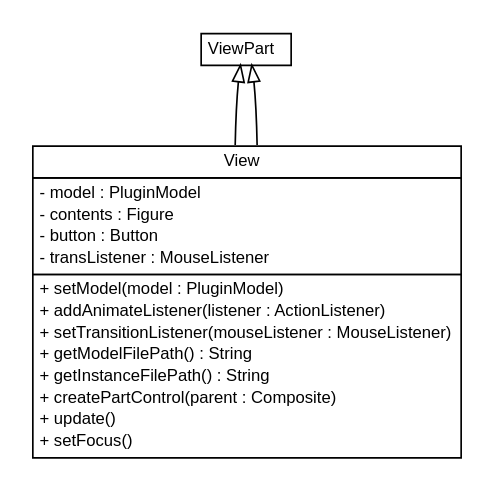
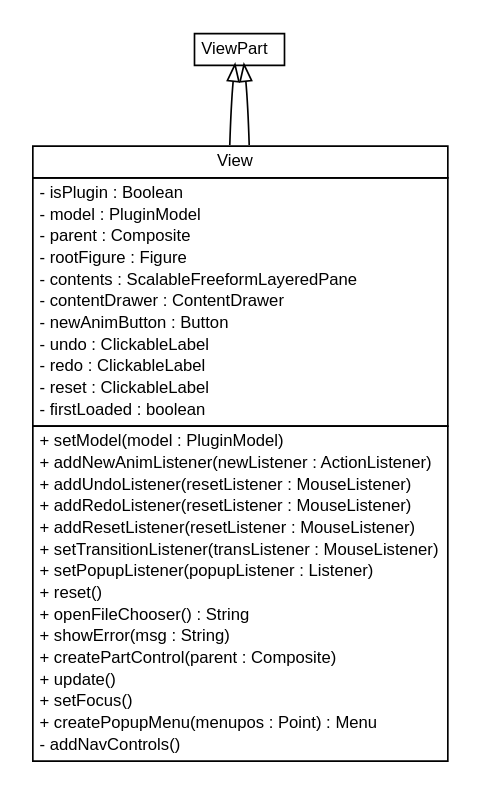
One commit to luisneiva/graf-framework changed the diagram in javadoc/view/view.dot. Above: the diagram before and after it, drawn with Graphviz. The commit also changed 61 other files, not shown here.

```diff
--- a/javadoc/view/view.dot
+++ b/javadoc/view/view.dot
@@ -1,44 +1,58 @@
 #!/usr/local/bin/dot
 #
 # Class diagram 
 # Generated by UMLGraph version 5.2 (http://www.umlgraph.org/)
 #
 
 digraph G {
 	edge [fontname="arial",fontsize=10,labelfontname="arial",labelfontsize=10];
 	node [fontname="arial",fontsize=10,shape=plaintext];
 	nodesep=0.25;
 	ranksep=0.5;
 	// view.View
-	c1674 [label=<<table title="view.View" border="0" cellborder="1" cellspacing="0" cellpadding="2" port="p" href="./View.html">
+	c3460 [label=<<table title="view.View" border="0" cellborder="1" cellspacing="0" cellpadding="2" port="p" href="./View.html">
 		<tr><td><table border="0" cellspacing="0" cellpadding="1">
 <tr><td align="center" balign="center"> View </td></tr>
 		</table></td></tr>
 		<tr><td><table border="0" cellspacing="0" cellpadding="1">
+<tr><td align="left" balign="left"> - isPlugin : Boolean </td></tr>
 <tr><td align="left" balign="left"> - model : PluginModel </td></tr>
-<tr><td align="left" balign="left"> - contents : Figure </td></tr>
-<tr><td align="left" balign="left"> - button : Button </td></tr>
-<tr><td align="left" balign="left"> - transListener : MouseListener </td></tr>
+<tr><td align="left" balign="left"> - parent : Composite </td></tr>
+<tr><td align="left" balign="left"> - rootFigure : Figure </td></tr>
+<tr><td align="left" balign="left"> - contents : ScalableFreeformLayeredPane </td></tr>
+<tr><td align="left" balign="left"> - contentDrawer : ContentDrawer </td></tr>
+<tr><td align="left" balign="left"> - newAnimButton : Button </td></tr>
+<tr><td align="left" balign="left"> - undo : ClickableLabel </td></tr>
+<tr><td align="left" balign="left"> - redo : ClickableLabel </td></tr>
+<tr><td align="left" balign="left"> - reset : ClickableLabel </td></tr>
+<tr><td align="left" balign="left"> - firstLoaded : boolean </td></tr>
 		</table></td></tr>
 		<tr><td><table border="0" cellspacing="0" cellpadding="1">
 <tr><td align="left" balign="left"> + setModel(model : PluginModel) </td></tr>
-<tr><td align="left" balign="left"> + addAnimateListener(listener : ActionListener) </td></tr>
-<tr><td align="left" balign="left"> + setTransitionListener(mouseListener : MouseListener) </td></tr>
-<tr><td align="left" balign="left"> + getModelFilePath() : String </td></tr>
-<tr><td align="left" balign="left"> + getInstanceFilePath() : String </td></tr>
+<tr><td align="left" balign="left"> + addNewAnimListener(newListener : ActionListener) </td></tr>
+<tr><td align="left" balign="left"> + addUndoListener(resetListener : MouseListener) </td></tr>
+<tr><td align="left" balign="left"> + addRedoListener(resetListener : MouseListener) </td></tr>
+<tr><td align="left" balign="left"> + addResetListener(resetListener : MouseListener) </td></tr>
+<tr><td align="left" balign="left"> + setTransitionListener(transListener : MouseListener) </td></tr>
+<tr><td align="left" balign="left"> + setPopupListener(popupListener : Listener) </td></tr>
+<tr><td align="left" balign="left"> + reset() </td></tr>
+<tr><td align="left" balign="left"> + openFileChooser() : String </td></tr>
+<tr><td align="left" balign="left"> + showError(msg : String) </td></tr>
 <tr><td align="left" balign="left"> + createPartControl(parent : Composite) </td></tr>
 <tr><td align="left" balign="left"> + update() </td></tr>
 <tr><td align="left" balign="left"> + setFocus() </td></tr>
+<tr><td align="left" balign="left"> + createPopupMenu(menupos : Point) : Menu </td></tr>
+<tr><td align="left" balign="left"> - addNavControls() </td></tr>
 		</table></td></tr>
 		</table>>, fontname="arial", fontcolor="black", fontsize=10.0];
 	//view.View extends ViewPart
-	c1677:p -> c1674:p [dir=back,arrowtail=empty];
+	c3470:p -> c3460:p [dir=back,arrowtail=empty];
 	//view.View extends ViewPart
-	c1677:p -> c1674:p [dir=back,arrowtail=empty];
+	c3470:p -> c3460:p [dir=back,arrowtail=empty];
 	// ViewPart
-	c1677[label=<<table title="ViewPart" border="0" cellborder="1" cellspacing="0" cellpadding="2" port="p" href="http://java.sun.com/j2se/1.4.2/docs/api//ViewPart.html">
+	c3470[label=<<table title="ViewPart" border="0" cellborder="1" cellspacing="0" cellpadding="2" port="p" href="http://java.sun.com/j2se/1.4.2/docs/api//ViewPart.html">
 		<tr><td><table border="0" cellspacing="0" cellpadding="1">
 <tr><td align="center" balign="center"> ViewPart </td></tr>
 		</table></td></tr>
 		</table>>, fontname="arial", fontcolor="black", fontsize=10.0];
 }
```
